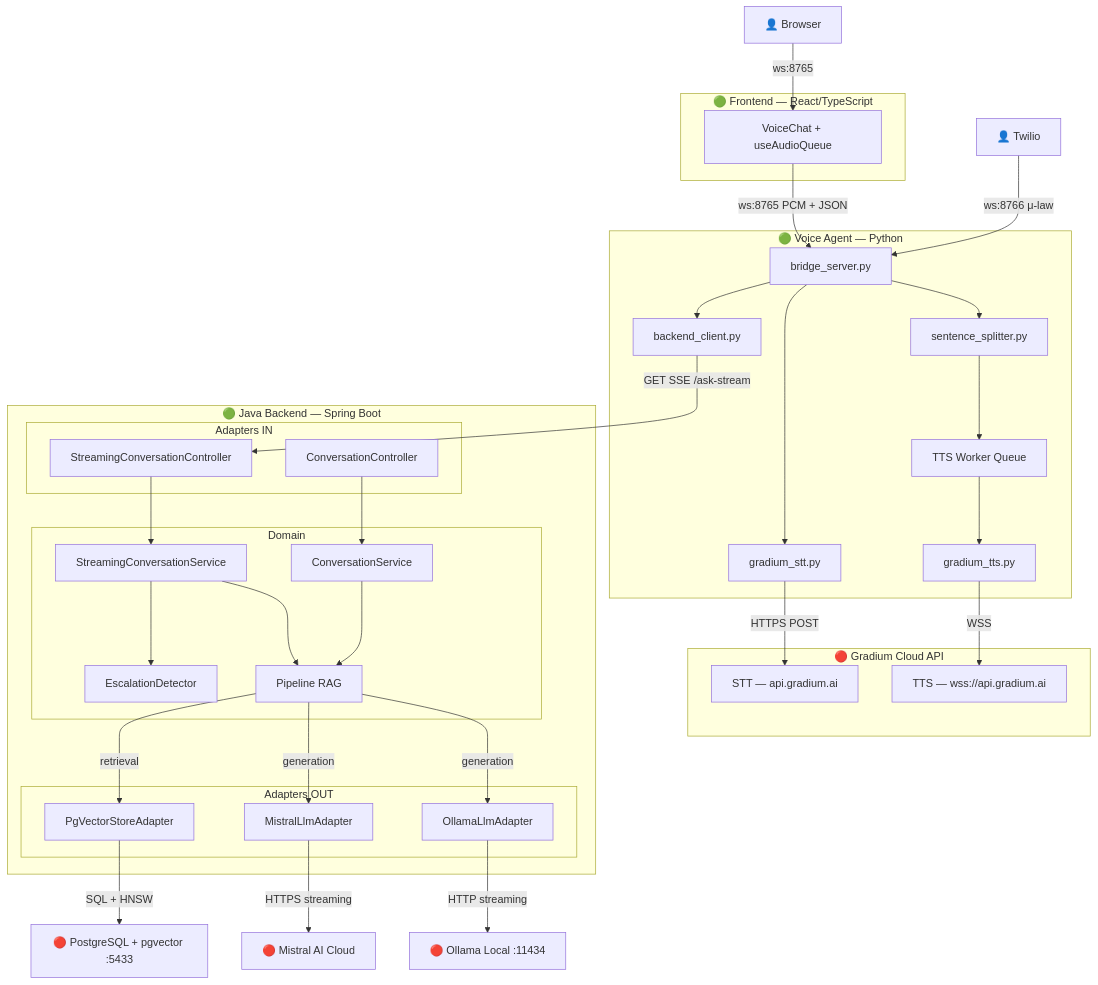
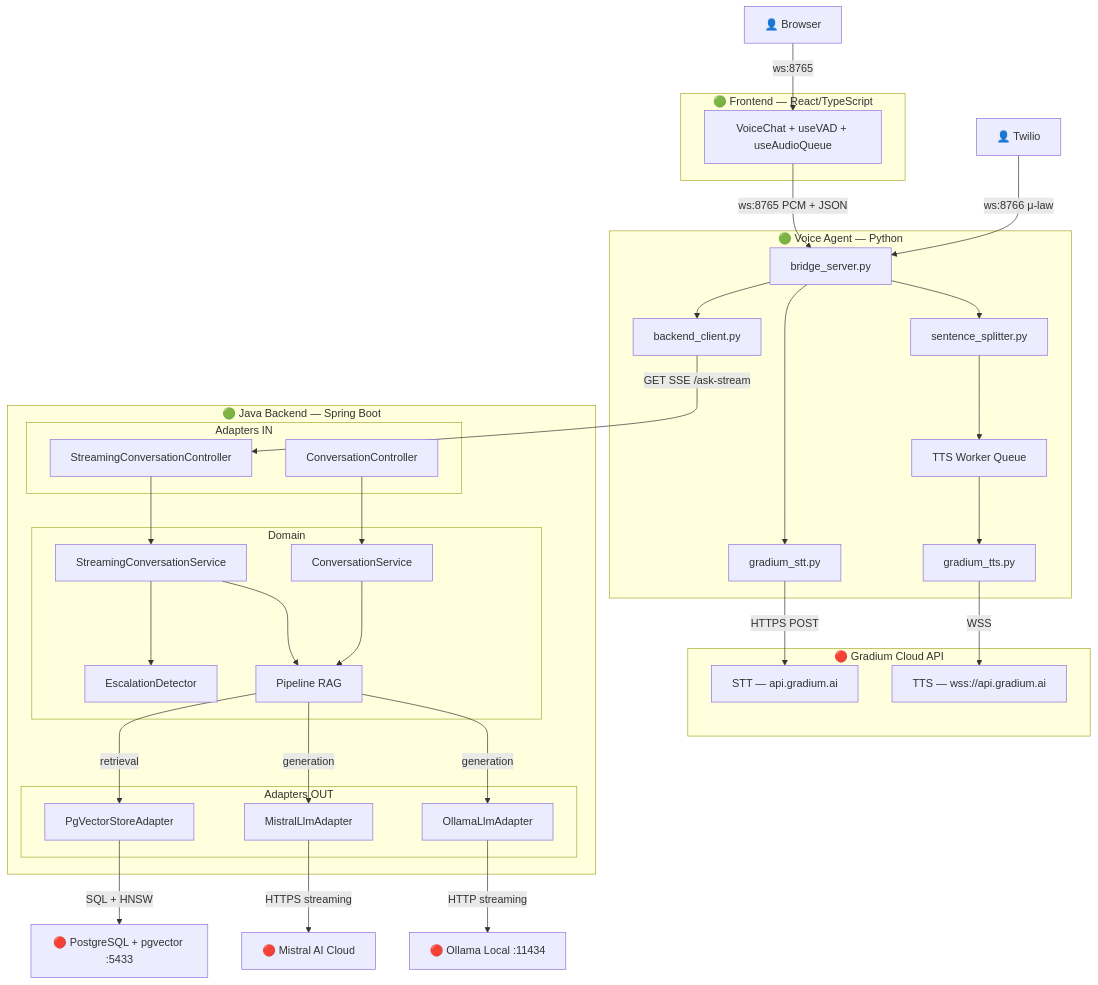
Before and after one commit to tgrimaud/V2V: the first of 2 diagrams in docs/architecture.md, drawn with Mermaid. The commit also changed other lines of this file and 4 other files, not shown here.

```diff
--- a/docs/architecture.md
+++ b/docs/architecture.md
@@ -19,7 +19,7 @@
 
     %% ─── Notre code : Frontend ───
     subgraph frontend ["🟢 Frontend — React/TypeScript"]
-        VoiceChat[VoiceChat + useAudioQueue]
+        VoiceChat[VoiceChat + useVAD + useAudioQueue]
     end
 
     %% ─── Notre code : Voice Agent ───
```
